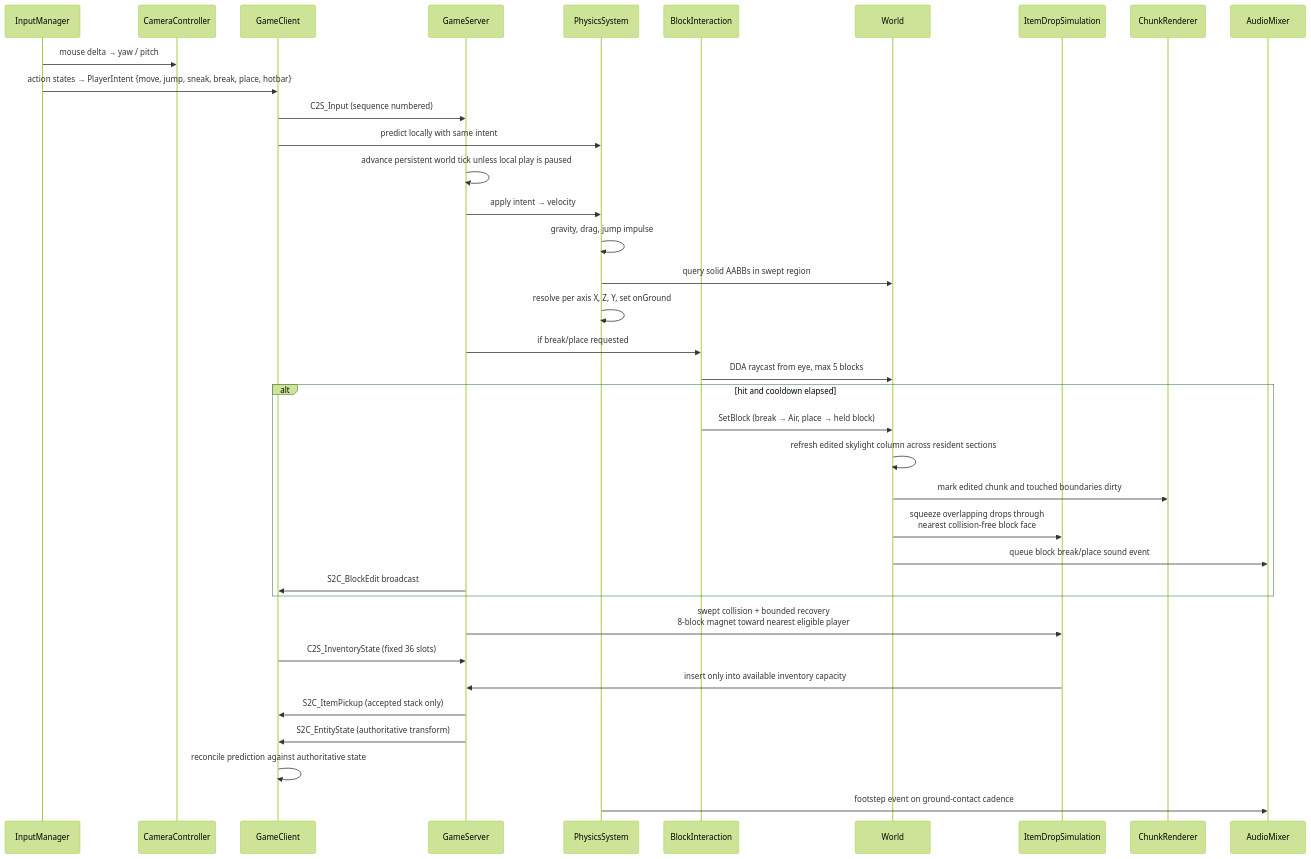
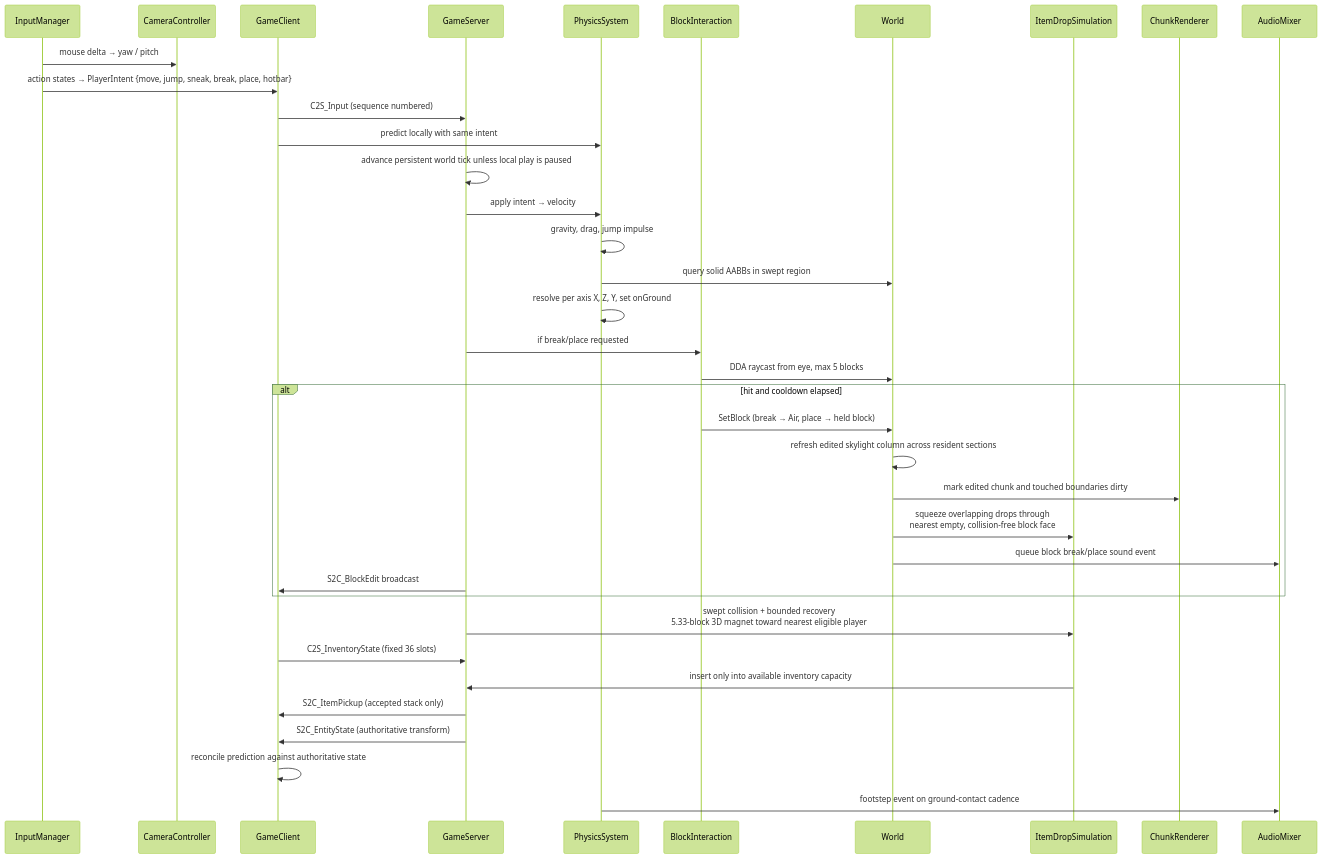
One commit to GoGurtPrime/voxels changed the fifth of 17 diagrams in DIAGRAMS.md. Above: the diagram before and after it, drawn with Mermaid (forest theme). The commit also changed 5 other files, not shown here.

````diff
--- a/DIAGRAMS.md
+++ b/DIAGRAMS.md
@@ -257,41 +257,41 @@
 ```mermaid
 sequenceDiagram
     participant Inp as InputManager
     participant Cam as CameraController
     participant Cli as GameClient
     participant Srv as GameServer
     participant Phy as PhysicsSystem
     participant BI as BlockInteraction
     participant W as World
     participant Drop as ItemDropSimulation
     participant CR as ChunkRenderer
     participant Snd as AudioMixer
 
     Inp->>Cam: mouse delta → yaw / pitch
     Inp->>Cli: action states → PlayerIntent {move, jump, sneak, break, place, hotbar}
     Cli->>Srv: C2S_Input (sequence numbered)
     Cli->>Phy: predict locally with same intent
 
     Srv->>Srv: advance persistent world tick unless local play is paused
     Srv->>Phy: apply intent → velocity
     Phy->>Phy: gravity, drag, jump impulse
     Phy->>W: query solid AABBs in swept region
     Phy->>Phy: resolve per axis X, Z, Y, set onGround
     Srv->>BI: if break/place requested
     BI->>W: DDA raycast from eye, max 5 blocks
     alt hit and cooldown elapsed
         BI->>W: SetBlock (break → Air, place → held block)
         W->>W: refresh edited skylight column across resident sections
         W->>CR: mark edited chunk and touched boundaries dirty
-        W->>Drop: squeeze overlapping drops through<br/>nearest collision-free block face
+        W->>Drop: squeeze overlapping drops through<br/>nearest empty, collision-free block face
         W->>Snd: queue block break/place sound event
         Srv->>Cli: S2C_BlockEdit broadcast
     end
-    Srv->>Drop: swept collision + bounded recovery<br/>8-block magnet toward nearest eligible player
+    Srv->>Drop: swept collision + bounded recovery<br/>5.33-block 3D magnet toward nearest eligible player
     Cli->>Srv: C2S_InventoryState (fixed 36 slots)
     Drop->>Srv: insert only into available inventory capacity
     Srv->>Cli: S2C_ItemPickup (accepted stack only)
     Srv->>Cli: S2C_EntityState (authoritative transform)
     Cli->>Cli: reconcile prediction against authoritative state
     Phy->>Snd: footstep event on ground-contact cadence
 ```
````
